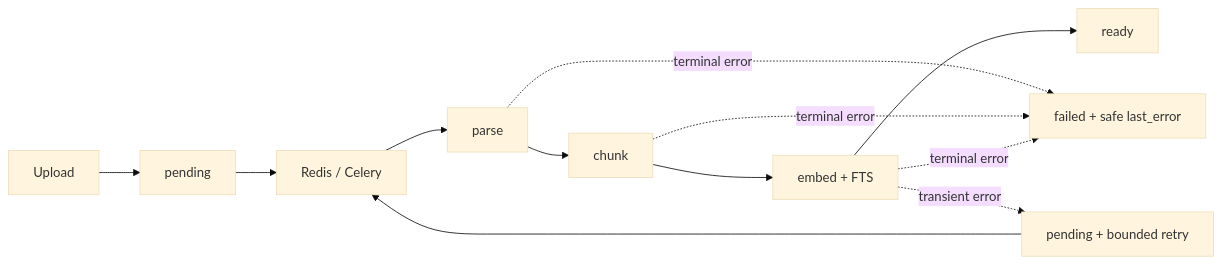
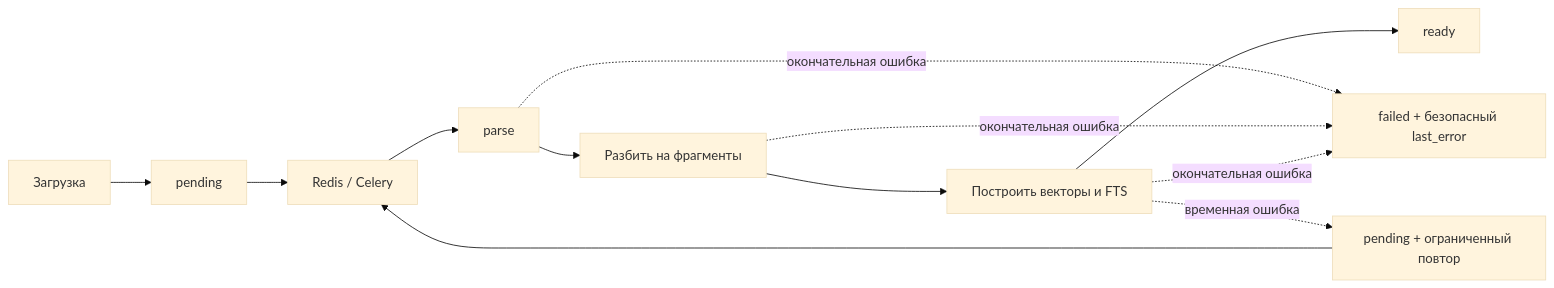
One commit to vladweat/docwise changed the first of 2 diagrams in docs/pipeline/ingestion.md. Above: the diagram before and after it, drawn with Mermaid (base theme). The commit also changed other lines of this file and 51 other files, not shown here.

````diff
--- a/docs/pipeline/ingestion.md
+++ b/docs/pipeline/ingestion.md
@@ -8,14 +8,14 @@
 ```mermaid
 flowchart LR
-  Upload[Upload] --> Pending[pending]
+  Upload[Загрузка] --> Pending[pending]
   Pending --> Q[Redis / Celery]
   Q --> Parse[parse]
-  Parse --> Chunk[chunk]
-  Chunk --> Embed[embed + FTS]
+  Parse --> Chunk[Разбить на фрагменты]
+  Chunk --> Embed[Построить векторы и FTS]
   Embed --> Ready[ready]
-  Parse -. terminal error .-> Failed[failed + safe last_error]
-  Chunk -. terminal error .-> Failed
-  Embed -. terminal error .-> Failed
-  Embed -. transient error .-> Retry[pending + bounded retry]
+  Parse -. окончательная ошибка .-> Failed[failed + безопасный last_error]
+  Chunk -. окончательная ошибка .-> Failed
+  Embed -. окончательная ошибка .-> Failed
+  Embed -. временная ошибка .-> Retry[pending + ограниченный повтор]
   Retry --> Q
 ```
````
